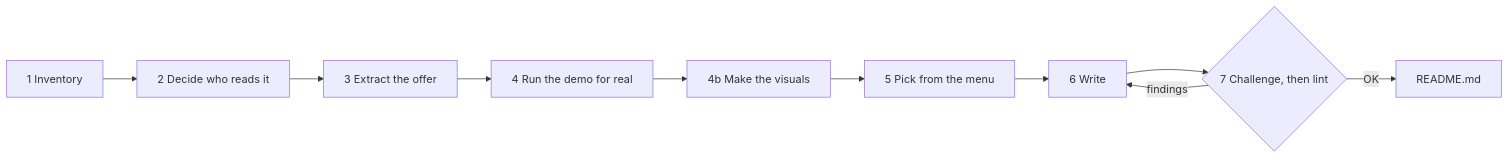
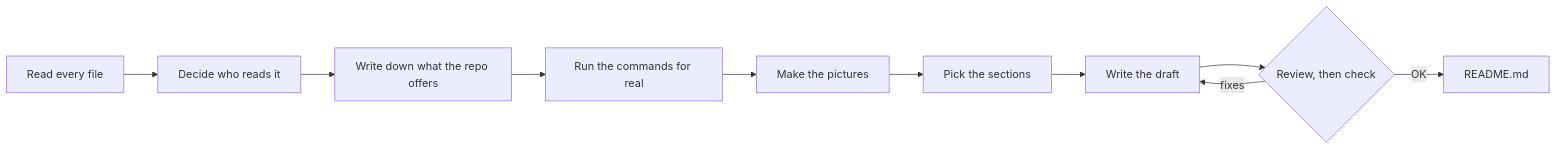
Before and after one commit to rishabhrawat35/github-readme-writer: the diagram in README.md, drawn with Mermaid. The commit also changed other lines of this file and 3 other files, not shown here.

````diff
--- a/README.md
+++ b/README.md
@@ -41,12 +45,12 @@
 ```mermaid
 flowchart LR
-    S1[1 Inventory] --> S2[2 Decide who reads it]
-    S2 --> S3[3 Extract the offer]
-    S3 --> S4[4 Run the demo for real]
-    S4 --> S4b[4b Make the visuals]
-    S4b --> S5[5 Pick from the menu]
-    S5 --> S6[6 Write]
-    S6 --> S7{7 Challenge, then lint}
-    S7 -- findings --> S6
-    S7 -- OK --> R[README.md]
+    A[Read every file] --> B[Decide who reads it]
+    B --> C[Write down what the repo offers]
+    C --> D[Run the commands for real]
+    D --> E[Make the pictures]
+    E --> F[Pick the sections]
+    F --> G[Write the draft]
+    G --> H{Review, then check}
+    H -- fixes --> G
+    H -- OK --> R[README.md]
 ```
````
